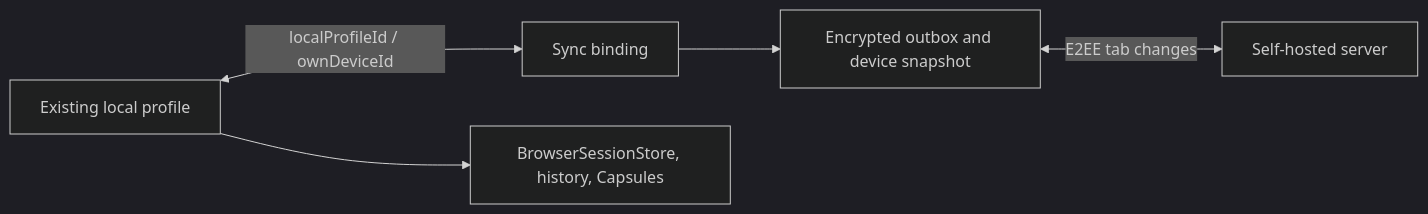
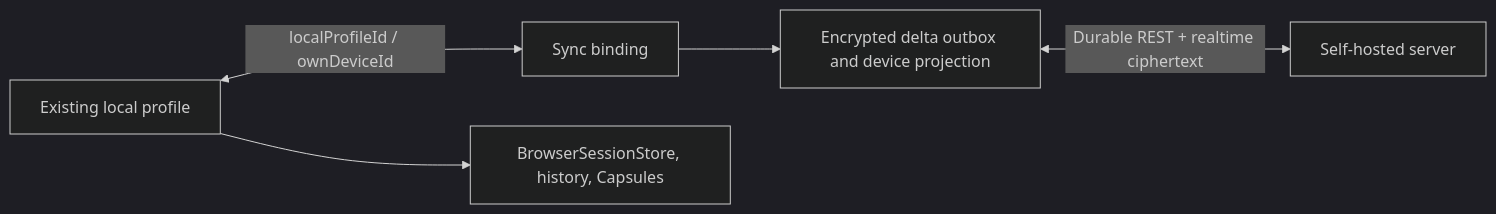
Before and after one commit to sk2andy/candy-browser: the first of 2 diagrams in docs/sync/app-integration.md, drawn with Mermaid (dark theme). The commit also changed other lines of this file and 68 other files, not shown here.

First line of the commit message:
feat(sync): Add encrypted realtime tab deltas

````diff
--- a/docs/sync/app-integration.md
+++ b/docs/sync/app-integration.md
@@ -14,7 +14,7 @@
 ```mermaid
 flowchart LR
     P[Existing local profile] <-->|localProfileId / ownDeviceId| B[Sync binding]
     P --> L[BrowserSessionStore, history, Capsules]
-    B --> O[Encrypted outbox and device snapshot]
-    O <-->|E2EE tab changes| S[Self-hosted server]
+    B --> O[Encrypted delta outbox and device projection]
+    O <-->|Durable REST + realtime ciphertext| S[Self-hosted server]
 ```
````
